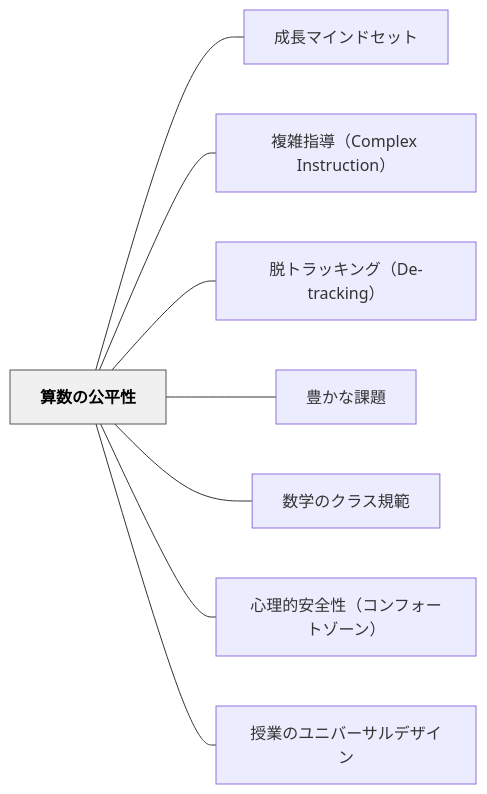
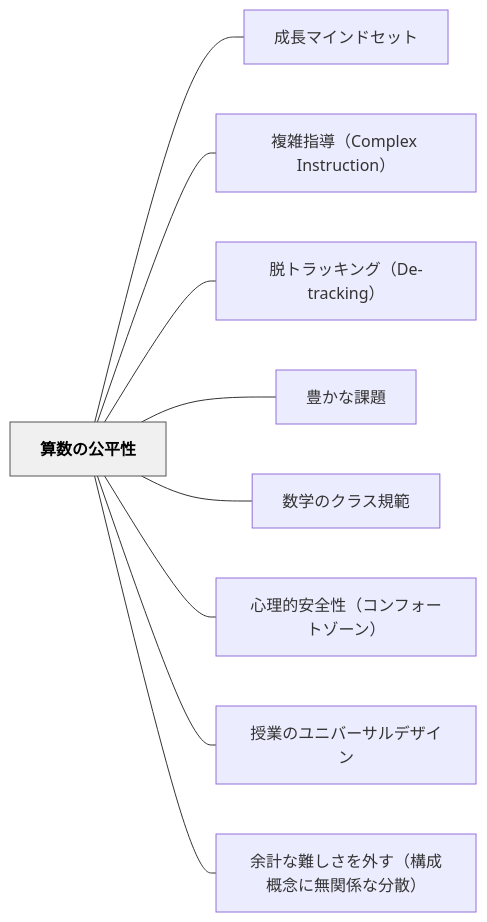
Before and after one commit to unknownthings-ed-patterns/unknownthings-ed-patterns: the diagram in content/パタン/算数の公平性.md, drawn with Mermaid. The commit also changed other lines of this file and 9 other files, not shown here.

````diff
--- a/content/パタン/算数の公平性.md
+++ b/content/パタン/算数の公平性.md
@@ -108,22 +110,24 @@
 ```mermaid
 flowchart LR
     ne7ae97e695b0e381aee585ace5b9b3e680a7["算数の公平性"]
     ne68890e995b7e3839ee382a4e383b3e38389e382bbe38383e38388["成長マインドセット"]
     ne8a487e99b91e68c87e5b08eefbc88436f6d706c657820496e737472756374696f6eefbc89["複雑指導（Complex Instruction）"]
     ne884b1e38388e383a9e38383e382ade383b3e382b0efbc8844652d747261636b696e67efbc89["脱トラッキング（De-tracking）"]
     ne8b18ae3818be381aae8aab2e9a18c["豊かな課題"]
     ne695b0e5ada6e381aee382afe383a9e382b9e8a68fe7af84["数学のクラス規範"]
     ne5bf83e79086e79a84e5ae89e585a8e680a7efbc88e382b3e383b3e38395e382a9e383bce38388e382bee383bce383b3efbc89["心理的安全性（コンフォートゾーン）"]
     ne68e88e6a5ade381aee383a6e3838be38390e383bce382b5e383abe38387e382b6e382a4e383b3["授業のユニバーサルデザイン"]
+    ne4bd99e8a888e381aae99ba3e38197e38195e38292e5a496e38199efbc88e6a78be68890e6a682e5bfb5e381abe784a1e996a2e4bf82e381aae58886e695a3efbc89["余計な難しさを外す（構成概念に無関係な分散）"]
 
     ne7ae97e695b0e381aee585ace5b9b3e680a7 --- ne68890e995b7e3839ee382a4e383b3e38389e382bbe38383e38388
     ne7ae97e695b0e381aee585ace5b9b3e680a7 --- ne8a487e99b91e68c87e5b08eefbc88436f6d706c657820496e737472756374696f6eefbc89
     ne7ae97e695b0e381aee585ace5b9b3e680a7 --- ne884b1e38388e383a9e38383e382ade383b3e382b0efbc8844652d747261636b696e67efbc89
     ne7ae97e695b0e381aee585ace5b9b3e680a7 --- ne8b18ae3818be381aae8aab2e9a18c
     ne7ae97e695b0e381aee585ace5b9b3e680a7 --- ne695b0e5ada6e381aee382afe383a9e382b9e8a68fe7af84
     ne7ae97e695b0e381aee585ace5b9b3e680a7 --- ne5bf83e79086e79a84e5ae89e585a8e680a7efbc88e382b3e383b3e38395e382a9e383bce38388e382bee383bce383b3efbc89
     ne7ae97e695b0e381aee585ace5b9b3e680a7 --- ne68e88e6a5ade381aee383a6e3838be38390e383bce382b5e383abe38387e382b6e382a4e383b3
+    ne7ae97e695b0e381aee585ace5b9b3e680a7 --- ne4bd99e8a888e381aae99ba3e38197e38195e38292e5a496e38199efbc88e6a78be68890e6a682e5bfb5e381abe784a1e996a2e4bf82e381aae58886e695a3efbc89
 
     classDef hub fill:#f0f0f0,stroke:#555,color:#000,font-weight:bold
     class ne7ae97e695b0e381aee585ace5b9b3e680a7 hub
 ```
````
